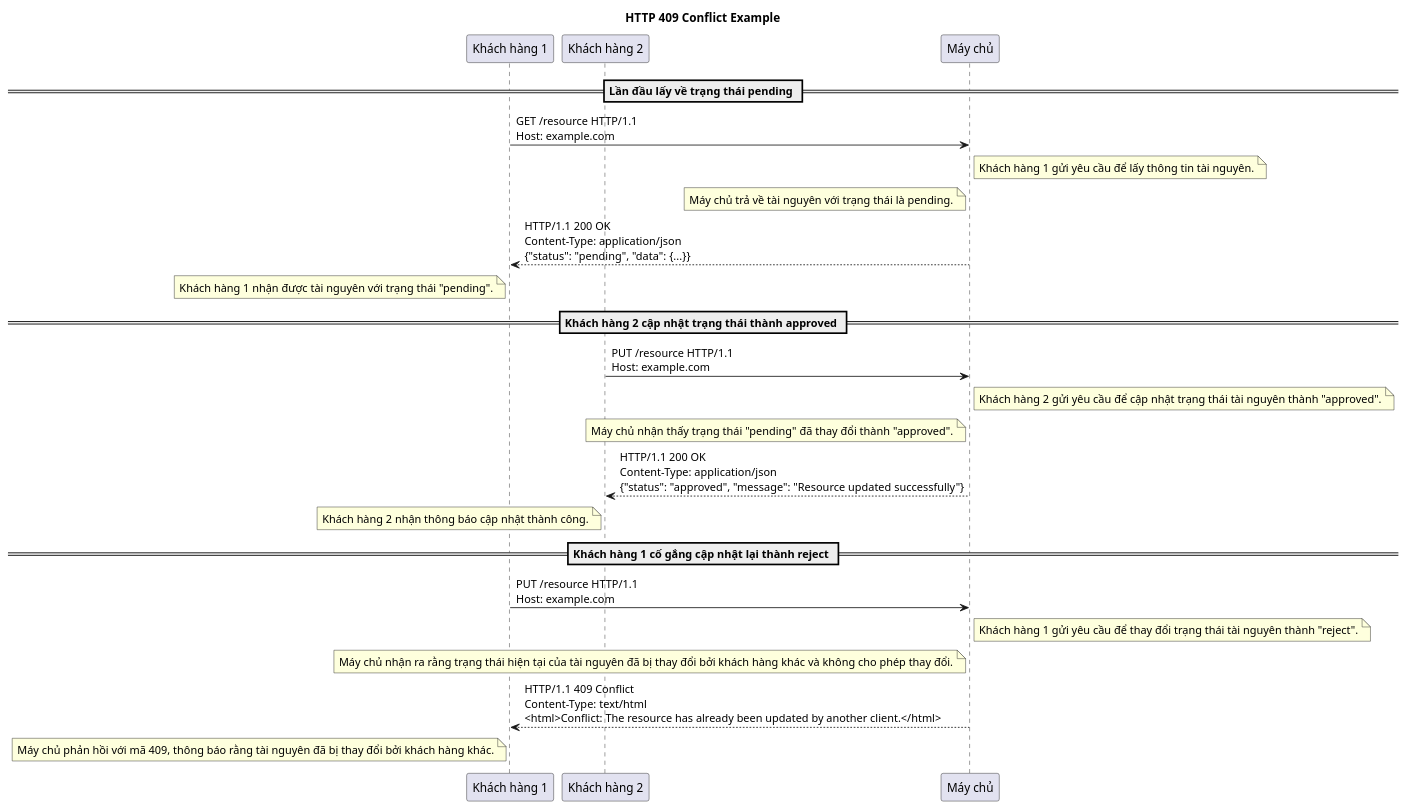
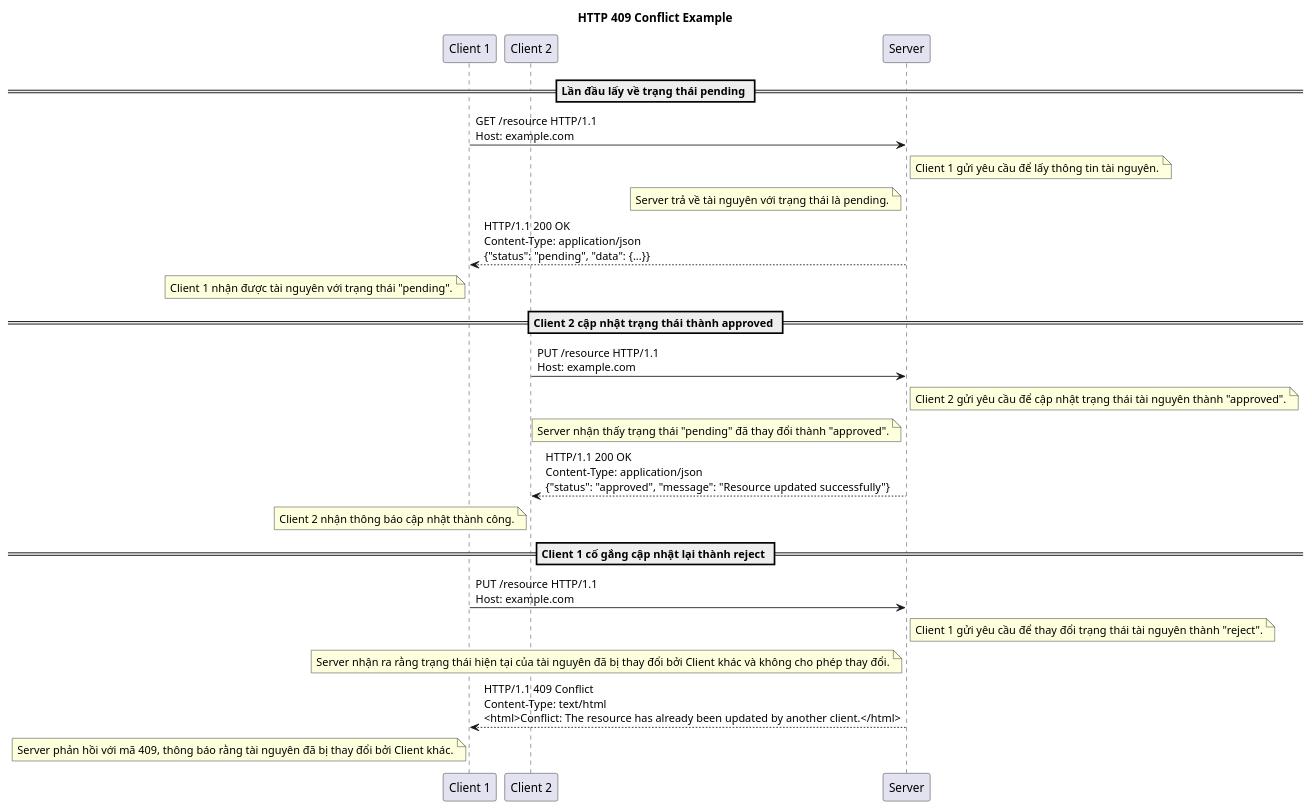
Before and after one commit to thanhlv-com/thanhlv-blog: diagram 27 of 29 in packages/apps/src/blog/2024-12-05-y-nghia-cua-cac-http-status-code.md, drawn with PlantUML. The commit also changed other lines of this file, not shown here.

````diff
--- a/packages/apps/src/blog/2024-12-05-y-nghia-cua-cac-http-status-code.md
+++ b/packages/apps/src/blog/2024-12-05-y-nghia-cua-cac-http-status-code.md
@@ -988,38 +988,38 @@
 ```plantuml
 @startuml
 
 title HTTP 409 Conflict Example
 
-participant "Khách hàng 1" as C1
-participant "Khách hàng 2" as C2
-participant "Máy chủ" as S
+participant "Client 1" as C1
+participant "Client 2" as C2
+participant "Server" as S
 
 == Lần đầu lấy về trạng thái pending ==
 C1 -> S: GET /resource HTTP/1.1\nHost: example.com
-note right of S: Khách hàng 1 gửi yêu cầu để lấy thông tin tài nguyên.
+note right of S: Client 1 gửi yêu cầu để lấy thông tin tài nguyên.
 
-note left of S: Máy chủ trả về tài nguyên với trạng thái là pending.
+note left of S: Server trả về tài nguyên với trạng thái là pending.
 
 S --> C1: HTTP/1.1 200 OK\nContent-Type: application/json\n{"status": "pending", "data": {...}}
-note left of C1: Khách hàng 1 nhận được tài nguyên với trạng thái "pending".
+note left of C1: Client 1 nhận được tài nguyên với trạng thái "pending".
 
-== Khách hàng 2 cập nhật trạng thái thành approved ==
+== Client 2 cập nhật trạng thái thành approved ==
 C2 -> S: PUT /resource HTTP/1.1\nHost: example.com
-note right of S: Khách hàng 2 gửi yêu cầu để cập nhật trạng thái tài nguyên thành "approved".
+note right of S: Client 2 gửi yêu cầu để cập nhật trạng thái tài nguyên thành "approved".
 
-note left of S: Máy chủ nhận thấy trạng thái "pending" đã thay đổi thành "approved".
+note left of S: Server nhận thấy trạng thái "pending" đã thay đổi thành "approved".
 
 S --> C2: HTTP/1.1 200 OK\nContent-Type: application/json\n{"status": "approved", "message": "Resource updated successfully"}
-note left of C2: Khách hàng 2 nhận thông báo cập nhật thành công.
+note left of C2: Client 2 nhận thông báo cập nhật thành công.
 
-== Khách hàng 1 cố gắng cập nhật lại thành reject ==
+== Client 1 cố gắng cập nhật lại thành reject ==
 C1 -> S: PUT /resource HTTP/1.1\nHost: example.com
-note right of S: Khách hàng 1 gửi yêu cầu để thay đổi trạng thái tài nguyên thành "reject".
+note right of S: Client 1 gửi yêu cầu để thay đổi trạng thái tài nguyên thành "reject".
 
-note left of S: Máy chủ nhận ra rằng trạng thái hiện tại của tài nguyên đã bị thay đổi bởi khách hàng khác và không cho phép thay đổi.
+note left of S: Server nhận ra rằng trạng thái hiện tại của tài nguyên đã bị thay đổi bởi Client khác và không cho phép thay đổi.
 
 S --> C1: HTTP/1.1 409 Conflict\nContent-Type: text/html\n<html>Conflict: The resource has already been updated by another client.</html>
-note left of C1: Máy chủ phản hồi với mã 409, thông báo rằng tài nguyên đã bị thay đổi bởi khách hàng khác.
+note left of C1: Server phản hồi với mã 409, thông báo rằng tài nguyên đã bị thay đổi bởi Client khác.
 
 @enduml
 ```
````
